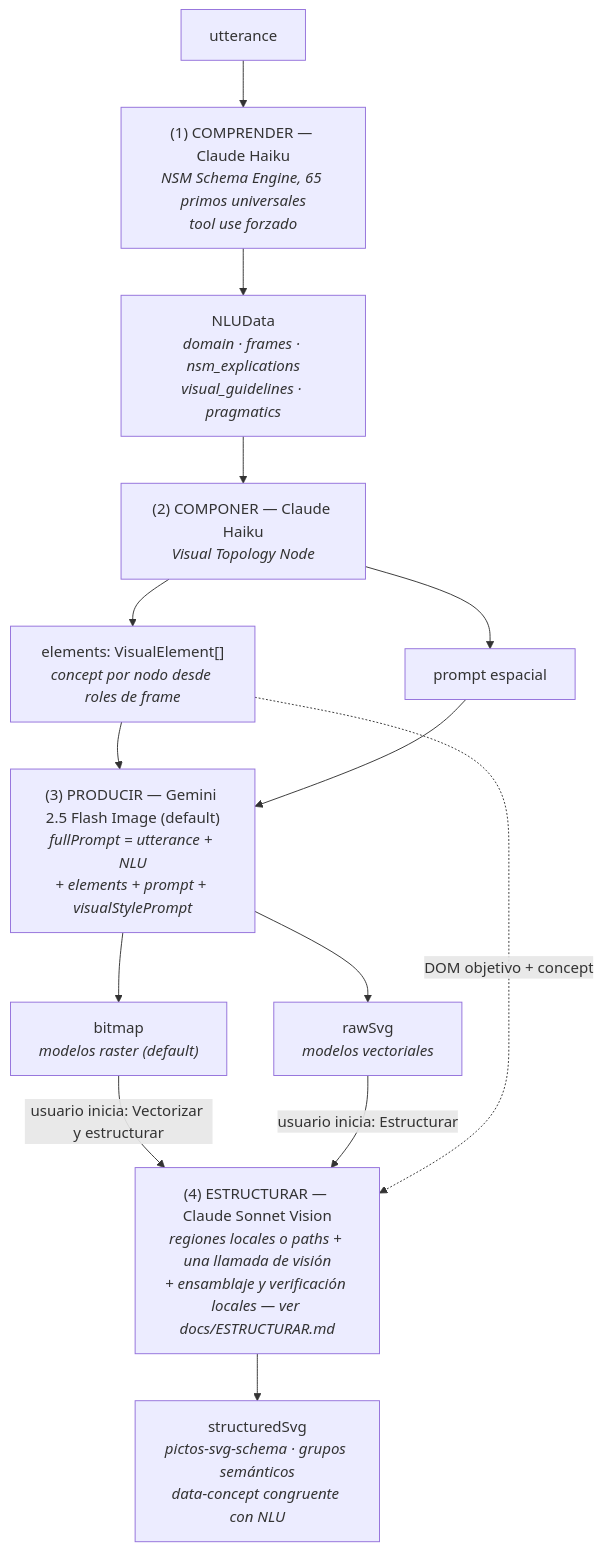
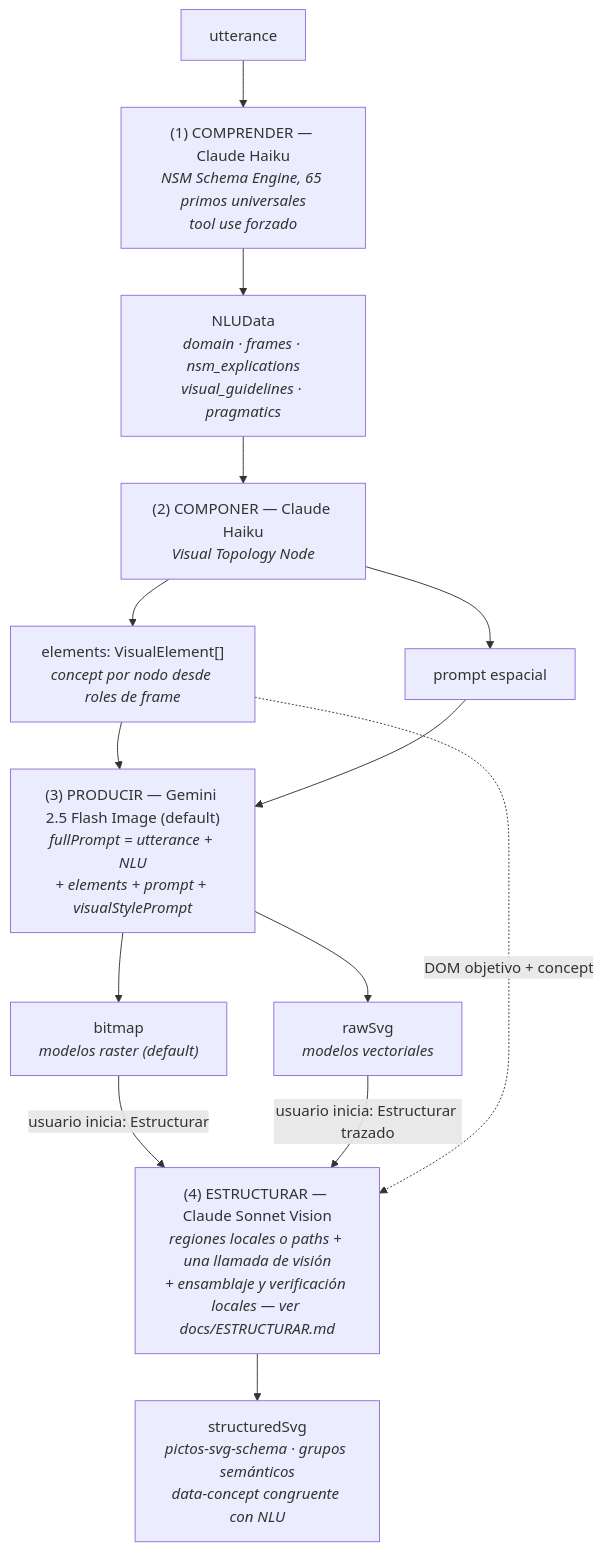
One commit to hspencer/pictos-net changed the diagram in docs/ARCHITECTURE.md. Above: the diagram before and after it, drawn with Mermaid. The commit also changed other lines of this file and 11 other files, not shown here.

````diff
--- a/docs/ARCHITECTURE.md
+++ b/docs/ARCHITECTURE.md
@@ -142,21 +142,21 @@
 ```mermaid
 flowchart TD
     UTT["utterance"] --> F1
 
     F1["(1) COMPRENDER — Claude Haiku<br><i>NSM Schema Engine, 65 primos universales<br>tool use forzado</i>"]
     F1 --> NLU["NLUData<br><i>domain · frames · nsm_explications<br>visual_guidelines · pragmatics</i>"]
 
     NLU --> F2["(2) COMPONER — Claude Haiku<br><i>Visual Topology Node</i>"]
     F2 --> ELEM["elements: VisualElement[]<br><i>concept por nodo desde roles de frame</i>"]
     F2 --> PROMPT["prompt espacial"]
 
     ELEM --> F3["(3) PRODUCIR — Gemini 2.5 Flash Image (default)<br><i>fullPrompt = utterance + NLU<br>+ elements + prompt + visualStylePrompt</i>"]
     PROMPT --> F3
     F3 --> BMP["bitmap<br><i>modelos raster (default)</i>"]
     F3 --> RAW["rawSvg<br><i>modelos vectoriales</i>"]
 
-    BMP -->|"usuario inicia: Vectorizar y estructurar"| F4["(4) ESTRUCTURAR — Claude Sonnet Vision<br><i>regiones locales o paths + una llamada de visión<br>+ ensamblaje y verificación locales — ver docs/ESTRUCTURAR.md</i>"]
-    RAW -->|"usuario inicia: Estructurar"| F4
+    BMP -->|"usuario inicia: Estructurar"| F4["(4) ESTRUCTURAR — Claude Sonnet Vision<br><i>regiones locales o paths + una llamada de visión<br>+ ensamblaje y verificación locales — ver docs/ESTRUCTURAR.md</i>"]
+    RAW -->|"usuario inicia: Estructurar trazado"| F4
     ELEM -.->|"DOM objetivo + concept"| F4
     F4 --> STRUCT["structuredSvg<br><i>pictos-svg-schema · grupos semánticos<br>data-concept congruente con NLU</i>"]
 ```
````
